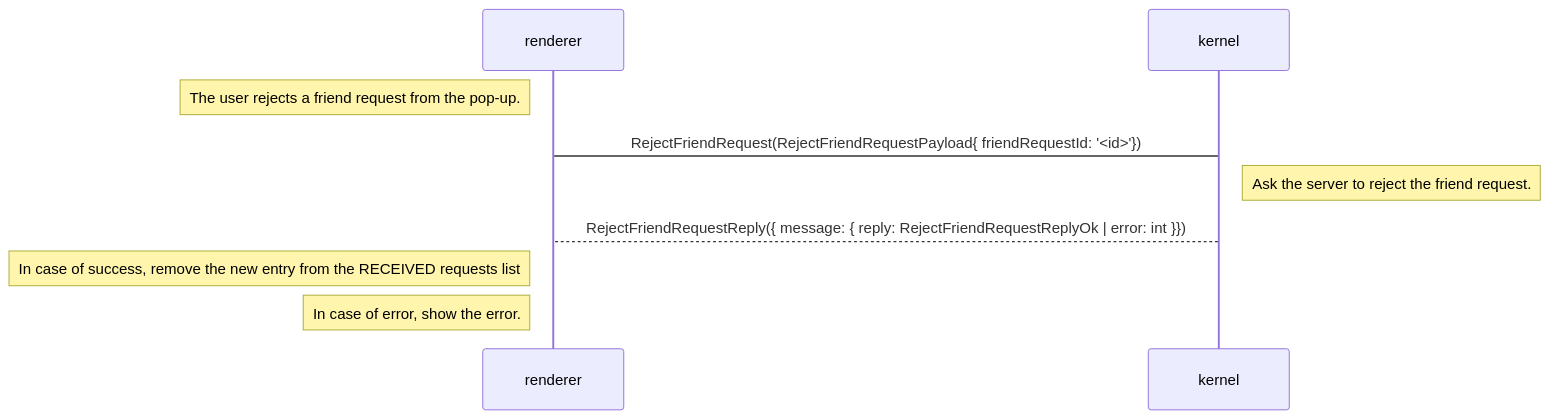
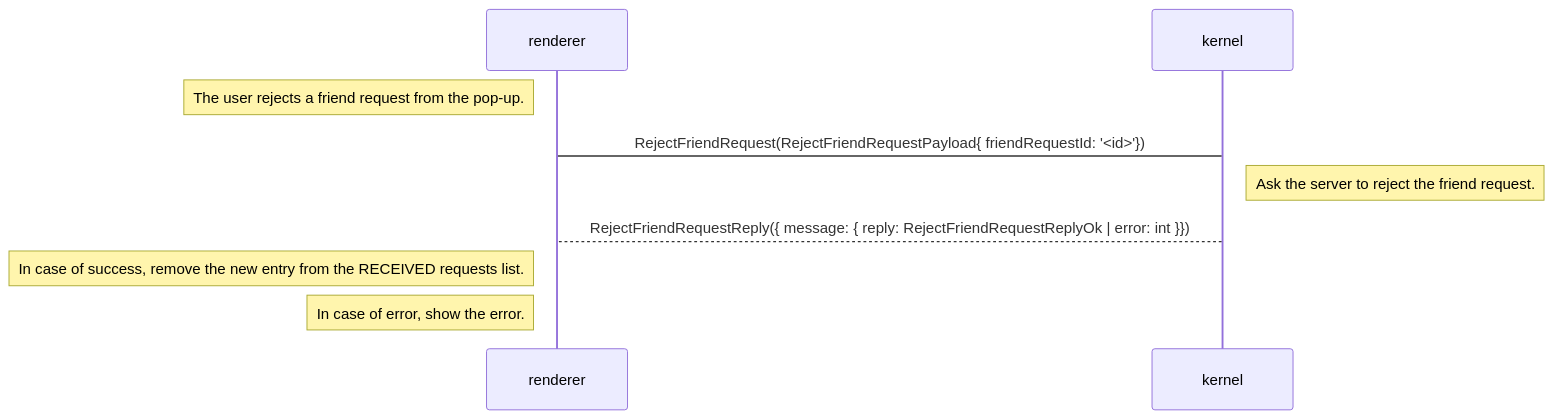
Before and after one commit to decentraland/adr: the fourth of 5 diagrams in content/ADR-137-new-friend-request.md, drawn with Mermaid. The commit also changed other lines of this file, not shown here.

````diff
--- a/content/ADR-137-new-friend-request.md
+++ b/content/ADR-137-new-friend-request.md
@@ -151,12 +151,12 @@
 ```mermaid
 sequenceDiagram
   participant renderer
   participant kernel
   
 note left of renderer: The user rejects a friend request from the pop-up.
 renderer->kernel: RejectFriendRequest(RejectFriendRequestPayload{ friendRequestId: '<id>'})
 note right of kernel: Ask the server to reject the friend request.
 kernel-->renderer: RejectFriendRequestReply({ message: { reply: RejectFriendRequestReplyOk | error: int }})
-note left of renderer: In case of success, remove the new entry from the RECEIVED requests list
+note left of renderer: In case of success, remove the new entry from the RECEIVED requests list.
 note left of renderer: In case of error, show the error.
 ```
````
